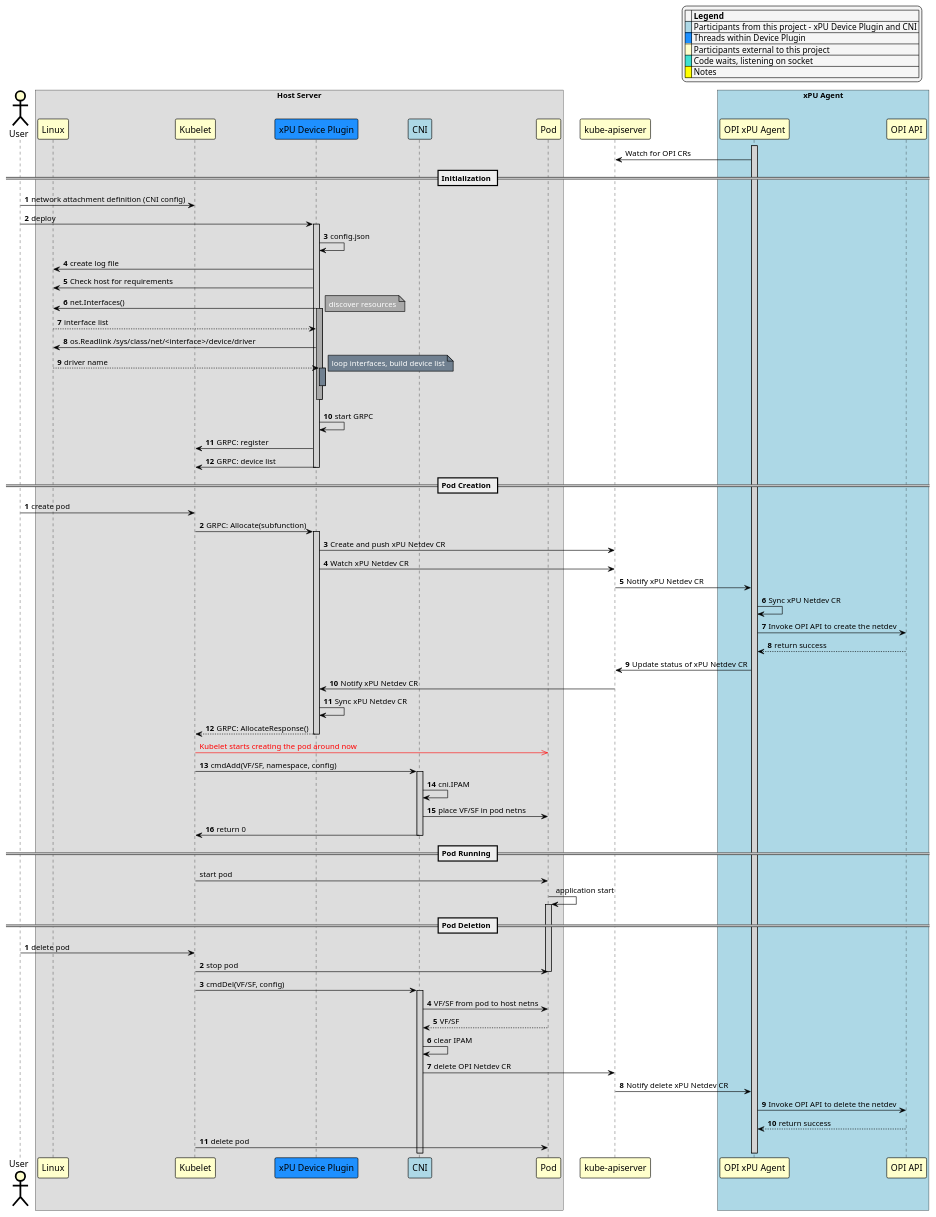
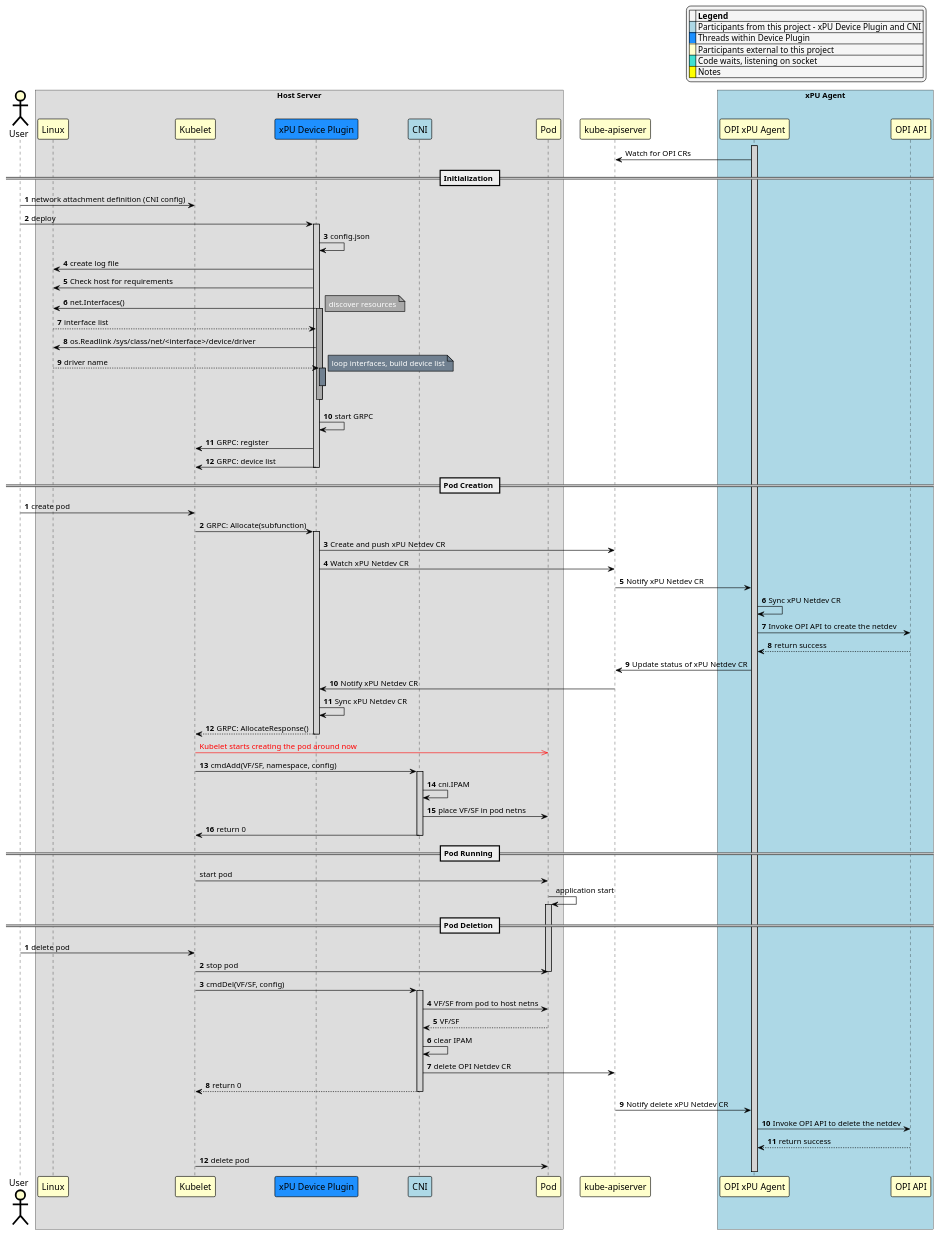
The diagram in sequence-diagrams/puml/device-plugin-CRs.puml (redhat-et/ekho), drawn with PlantUML before and after one commit. The commit also changed 2 other files, not shown here.

Commit message:
update device plugin provisioning diagrams options

```diff
--- a/sequence-diagrams/puml/device-plugin-CRs.puml
+++ b/sequence-diagrams/puml/device-plugin-CRs.puml
@@ -1,155 +1,158 @@
 @startuml
 
 skinparam noteBorderColor Black
 skinparam noteBorderThickness 1
 skinparam noteBackgroundColor Yellow
 skinparam legendBackgroundColor WhiteSmoke
 
 skinparam sequence {
 	BoxBorderColor Black
 	BoxFontSize 20
 
 	ArrowColor Black
 	ArrowThickness 1
 
 	ActorBorderColor Black
 	ActorBorderThickness 3
 	ActorBackgroundColor Business
 	ActorFontSize 15
 
 	ParticipantBorderColor Black
 	ParticipantBorderThickness 1
 	ParticipantBackgroundColor Business
 	ParticipantFontSize 15
 
 	LifeLineBorderColor Black
 	LifeLineBorderThickness 1
 	LifeLineBackgroundColor LightGray
 }
 
 
  legend top right
 |= |= Legend |
 |<back:LightBlue>   </back>| Participants from this project - xPU Device Plugin and CNI |
 |<back:Dodgerblue>   </back>| Threads within Device Plugin |
 |<back:Business>   </back>| Participants external to this project |
 |<back:Turquoise>   </back>| Code waits, listening on socket |
 |<back:Yellow>   </back>| Notes |
 endlegend
 
 
 
 actor "User"
 box "Host Server"
 	participant "Linux"
 	participant "Kubelet"
 	participant "xPU Device Plugin" #dodgerblue
 	participant "CNI" #LightBlue
 	participant "Pod"
 end box
 participant "kube-apiserver"
 box "xPU Agent" #LightBlue
 participant "OPI xPU Agent"
 participant "OPI API"
 end box
 
 activate "OPI xPU Agent"
 "OPI xPU Agent" -> "kube-apiserver": Watch for OPI CRs
 == Initialization ==
 autonumber
 
 "User" -> "Kubelet": network attachment definition (CNI config)
 "User" -> "xPU Device Plugin": deploy
 activate "xPU Device Plugin"
 
 "xPU Device Plugin" -> "xPU Device Plugin": config.json
 "xPU Device Plugin" -> "Linux": create log file
 "xPU Device Plugin" -> "Linux" : Check host for requirements
 "xPU Device Plugin" -> "Linux": net.Interfaces()
 
 activate "xPU Device Plugin" #DarkGray
 note right #DarkGray: <color #White>discover resources</color>
 
 "Linux" --> "xPU Device Plugin": interface list
 
 "xPU Device Plugin" -> "Linux" : os.Readlink /sys/class/net/<interface>/device/driver
 "Linux" --> "xPU Device Plugin" : driver name
 
 activate "xPU Device Plugin" #SlateGray
 note right #SlateGray: <color #White>loop interfaces, build device list</color>
 
 deactivate "xPU Device Plugin"
 
 autonumber stop
 "xPU Device Plugin" [hidden]-> "xPU Device Plugin"
 autonumber resume
 
 deactivate "xPU Device Plugin"
 
 "xPU Device Plugin" -> "xPU Device Plugin": start GRPC
 "xPU Device Plugin" -> "Kubelet": GRPC: register
 "xPU Device Plugin" -> "Kubelet": GRPC: device list
 
 deactivate "xPU Device Plugin"
 
 == Pod Creation ==
 autonumber
 
 "User" -> "Kubelet": create pod
 "Kubelet" -> "xPU Device Plugin": GRPC: Allocate(subfunction)
 activate "xPU Device Plugin"
 
 "xPU Device Plugin" -> "kube-apiserver" : Create and push xPU Netdev CR
 "xPU Device Plugin" -> "kube-apiserver": Watch xPU Netdev CR
 "kube-apiserver" -> "OPI xPU Agent": Notify xPU Netdev CR
 "OPI xPU Agent" -> "OPI xPU Agent": Sync xPU Netdev CR
 "OPI xPU Agent"->"OPI API": Invoke OPI API to create the netdev
 "OPI API"-->"OPI xPU Agent": return success
 "OPI xPU Agent"->"kube-apiserver": Update status of xPU Netdev CR
 "kube-apiserver" -> "xPU Device Plugin": Notify xPU Netdev CR
 "xPU Device Plugin" -> "xPU Device Plugin": Sync xPU Netdev CR
 "xPU Device Plugin" --> "Kubelet": GRPC: AllocateResponse()
 deactivate "xPU Device Plugin"
 
 autonumber stop
 "Kubelet" -[#Red]>> "Pod" : <color:Red>Kubelet starts creating the pod around now
 autonumber resume
 
 "Kubelet" -> "CNI" : cmdAdd(VF/SF, namespace, config)
 activate "CNI"
 "CNI" -> "CNI" : cni.IPAM
 
 "CNI" -> "Pod" : place VF/SF in pod netns
 "CNI" -> "Kubelet" : return 0
 
 deactivate "CNI"
 
 autonumber stop
 
 == Pod Running ==
 
 "Kubelet" -> "Pod" : start pod
 "Pod" -> "Pod" : application start
 activate "Pod"
 
 
 == Pod Deletion ==
 autonumber
 
 "User" -> "Kubelet": delete pod
 "Kubelet" -> "Pod" : stop pod
 deactivate "Pod"
 "Kubelet" -> "CNI" : cmdDel(VF/SF, config)
 activate "CNI"
 "CNI" -> "Pod" : VF/SF from pod to host netns
 "Pod" --> "CNI" : VF/SF
 "CNI" -> "CNI" : clear IPAM
 "CNI" -> "kube-apiserver": delete OPI Netdev CR
+"CNI" --> "Kubelet": return 0
+deactivate "CNI"
+
 "kube-apiserver" -> "OPI xPU Agent": Notify delete xPU Netdev CR
 "OPI xPU Agent"->"OPI API": Invoke OPI API to delete the netdev
 "OPI API" --> "OPI xPU Agent": return success
 
 "Kubelet" -> "Pod" : delete pod
 deactivate "Pod"
 
 @enduml
```
